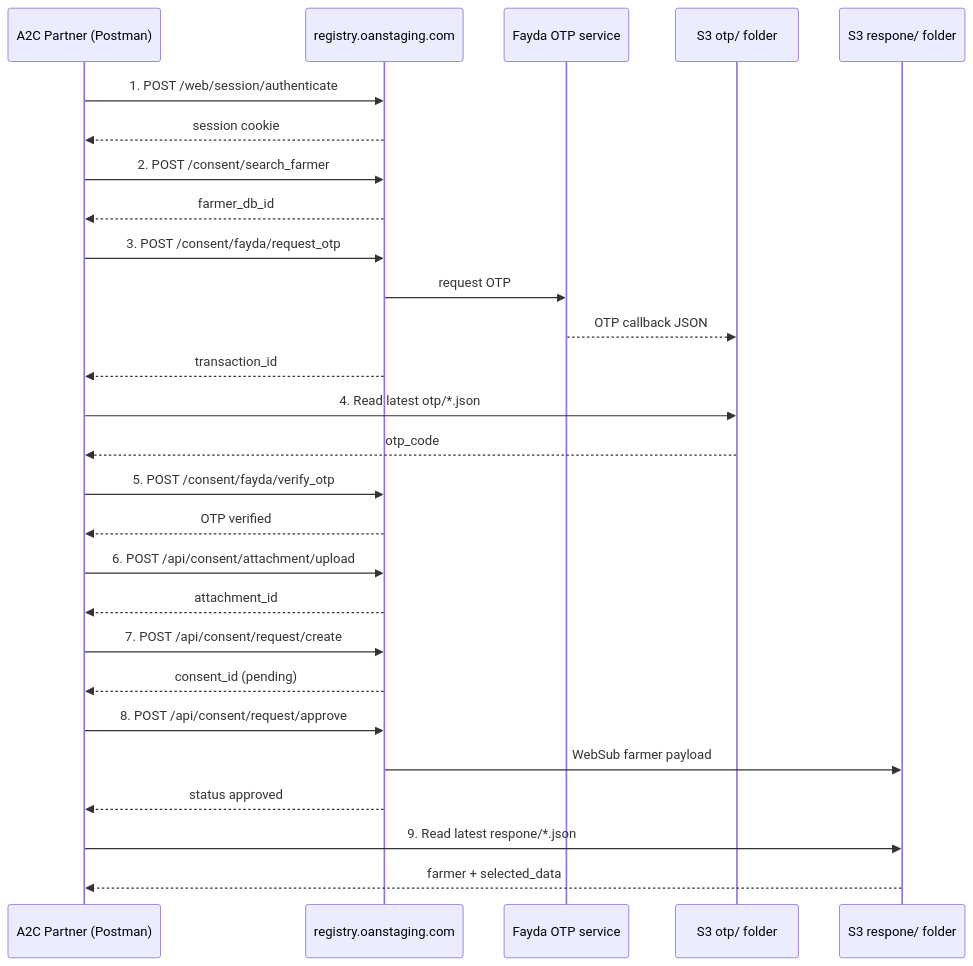
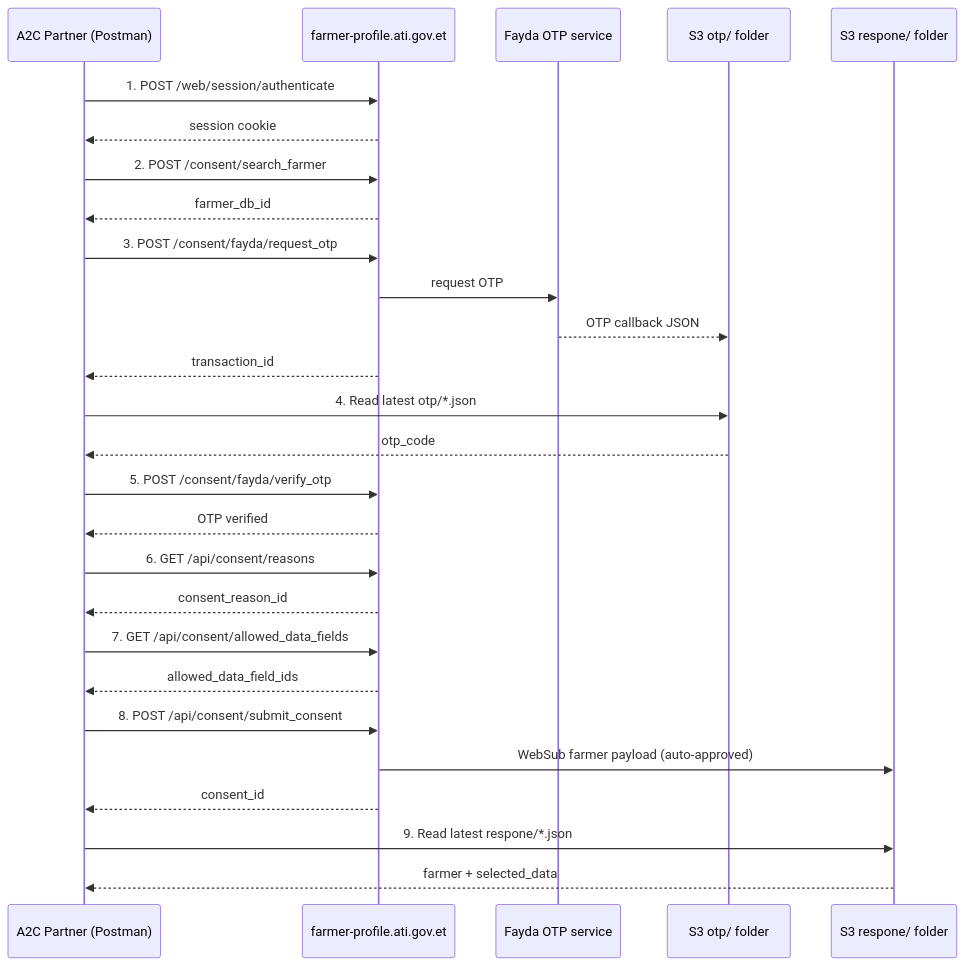
Before and after one commit to Centre-for-Open-Societal-Systems/oan_ethiopia_bank_api_docs: the diagram in consent_management_postman_registry_a2c.md, drawn with Mermaid. The commit also changed other lines of this file and 4 other files, not shown here.

Commit message:
Updated changes for production API for ATI

````diff
--- a/consent_management_postman_registry_a2c.md
+++ b/consent_management_postman_registry_a2c.md
@@ -32,38 +30,38 @@
 ```mermaid
 sequenceDiagram
     participant Partner as A2C Partner (Postman)
-    participant Registry as registry.oanstaging.com
+    participant Registry as farmer-profile.ati.gov.et
     participant Fayda as Fayda OTP service
     participant OTPBucket as S3 otp/ folder
     participant RespBucket as S3 respone/ folder
 
     Partner->>Registry: 1. POST /web/session/authenticate
     Registry-->>Partner: session cookie
 
     Partner->>Registry: 2. POST /consent/search_farmer
     Registry-->>Partner: farmer_db_id
 
     Partner->>Registry: 3. POST /consent/fayda/request_otp
     Registry->>Fayda: request OTP
     Fayda-->>OTPBucket: OTP callback JSON
     Registry-->>Partner: transaction_id
 
     Partner->>OTPBucket: 4. Read latest otp/*.json
     OTPBucket-->>Partner: otp_code
 
     Partner->>Registry: 5. POST /consent/fayda/verify_otp
     Registry-->>Partner: OTP verified
 
-    Partner->>Registry: 6. POST /api/consent/attachment/upload
-    Registry-->>Partner: attachment_id
+    Partner->>Registry: 6. GET /api/consent/reasons
+    Registry-->>Partner: consent_reason_id
 
-    Partner->>Registry: 7. POST /api/consent/request/create
-    Registry-->>Partner: consent_id (pending)
+    Partner->>Registry: 7. GET /api/consent/allowed_data_fields
+    Registry-->>Partner: allowed_data_field_ids
 
-    Partner->>Registry: 8. POST /api/consent/request/approve
-    Registry->>RespBucket: WebSub farmer payload
-    Registry-->>Partner: status approved
+    Partner->>Registry: 8. POST /api/consent/submit_consent
+    Registry->>RespBucket: WebSub farmer payload (auto-approved)
+    Registry-->>Partner: consent_id
 
     Partner->>RespBucket: 9. Read latest respone/*.json
     RespBucket-->>Partner: farmer + selected_data
 ```
````
